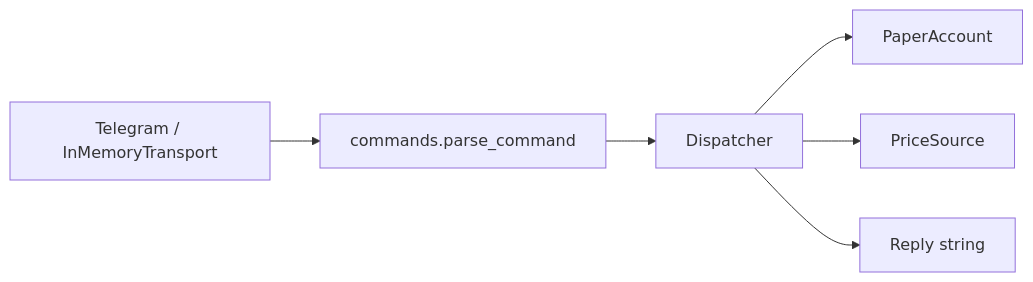
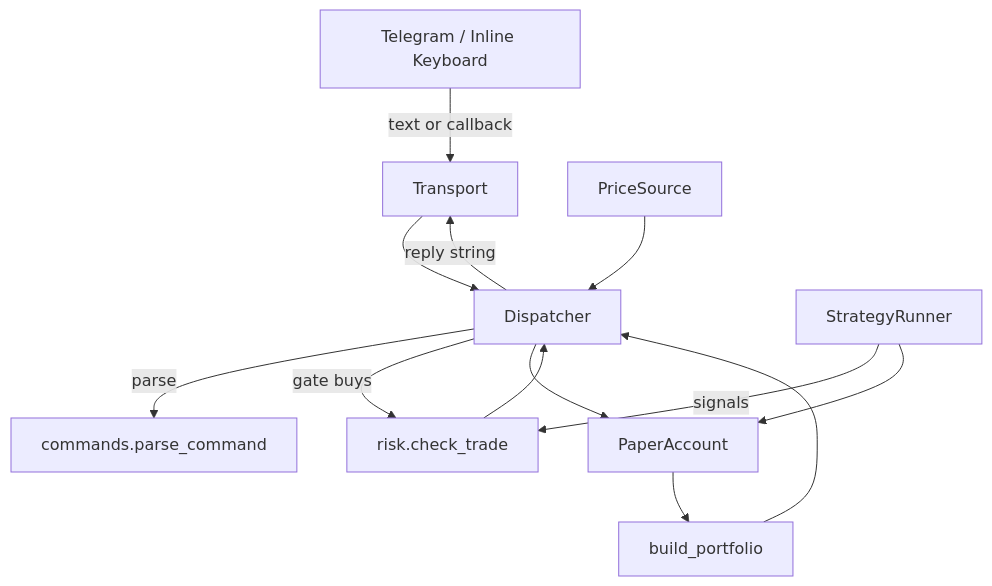
The diagram in README.md (Viprasol-Tech/telegram-crypto-trading-bot), drawn with Mermaid before and after one commit. The commit also changed other lines of this file and 17 other files, not shown here.

````diff
--- a/README.md
+++ b/README.md
@@ -68,8 +114,15 @@
 ```mermaid
-flowchart LR
-    TG[Telegram / InMemoryTransport] --> PARSE[commands.parse_command]
-    PARSE --> DISP[Dispatcher]
-    DISP --> ACC[PaperAccount]
-    DISP --> PRICE[PriceSource]
-    DISP --> REPLY[Reply string]
+flowchart TD
+    TG[Telegram / Inline Keyboard] -->|text or callback| T[Transport]
+    T --> D[Dispatcher]
+    D -->|parse| C[commands.parse_command]
+    D -->|gate buys| R[risk.check_trade]
+    D --> P[PaperAccount]
+    PS[PriceSource] --> D
+    SR[StrategyRunner] -->|signals| R
+    SR --> P
+    P --> PF[build_portfolio]
+    R --> D
+    PF --> D
+    D -->|reply string| T
 ```
````
